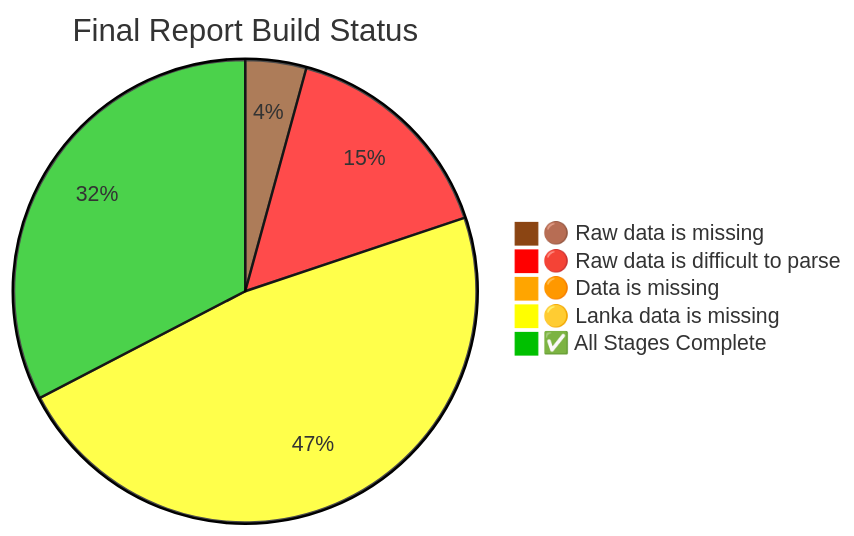
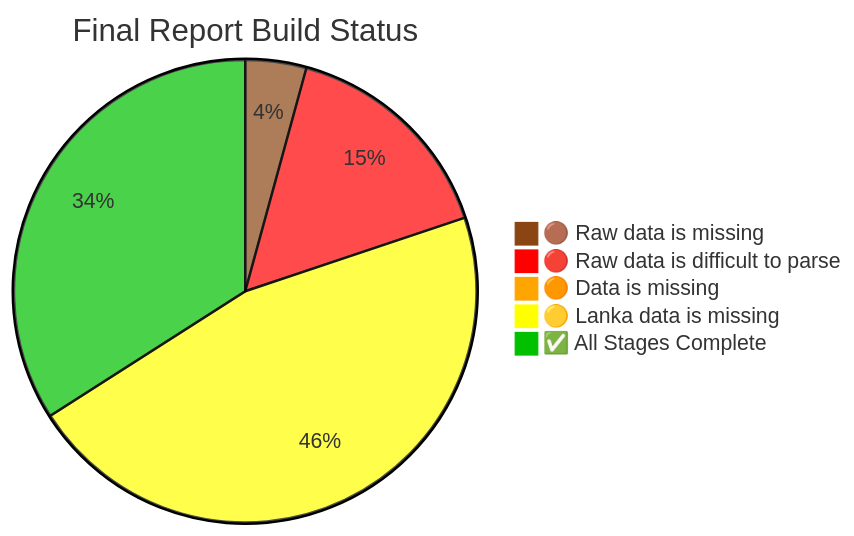
One commit to nuuuwan/lk_census_2024 changed the diagram in README.md. Above: the diagram before and after it, drawn with Mermaid. The commit also changed other lines of this file and 4 other files, not shown here.

Commit message:
Update README and data files: correct table status indicators, adjust population data percentages, and add new lanka_data.json for ethnic distribution by province.

````diff
--- a/README.md
+++ b/README.md
@@ -220,9 +220,9 @@
 ```mermaid
 %%{init: {"theme": "base", "themeVariables": {"pie1": "#8B4513", "pie2": "#FF0000", "pie3": "#FFA500", "pie4": "#FFFF00", "pie5": "#00c000"}}}%%
 pie title Final Report Build Status
 "🟤 Raw data is missing" : 6
     "🔴 Raw data is difficult to parse" : 22
     "🟠 Data is missing" : 1
-    "🟡 Lanka data is missing" : 67
-    "✅ All Stages Complete" : 46
+    "🟡 Lanka data is missing" : 65
+    "✅ All Stages Complete" : 48
 ```
````
